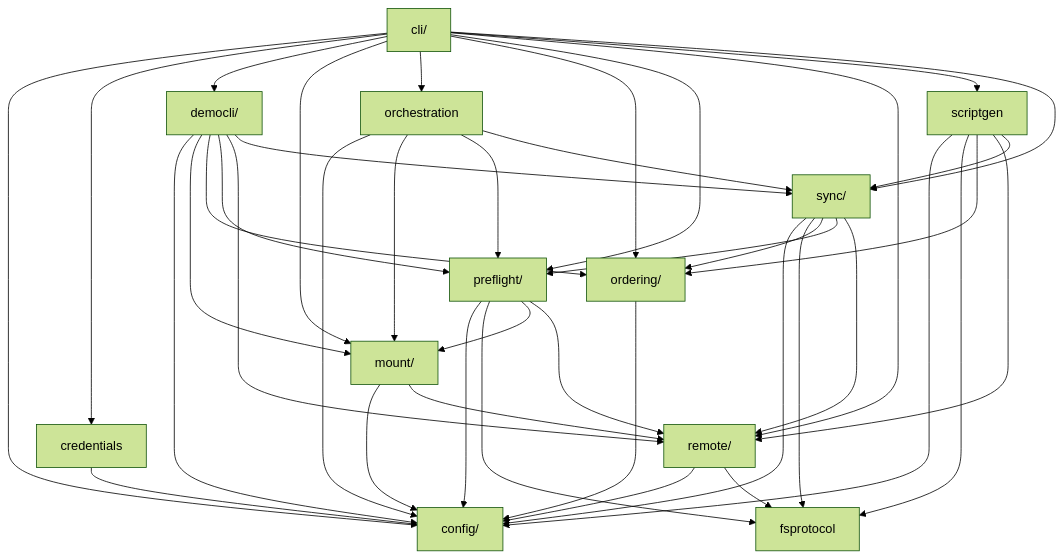
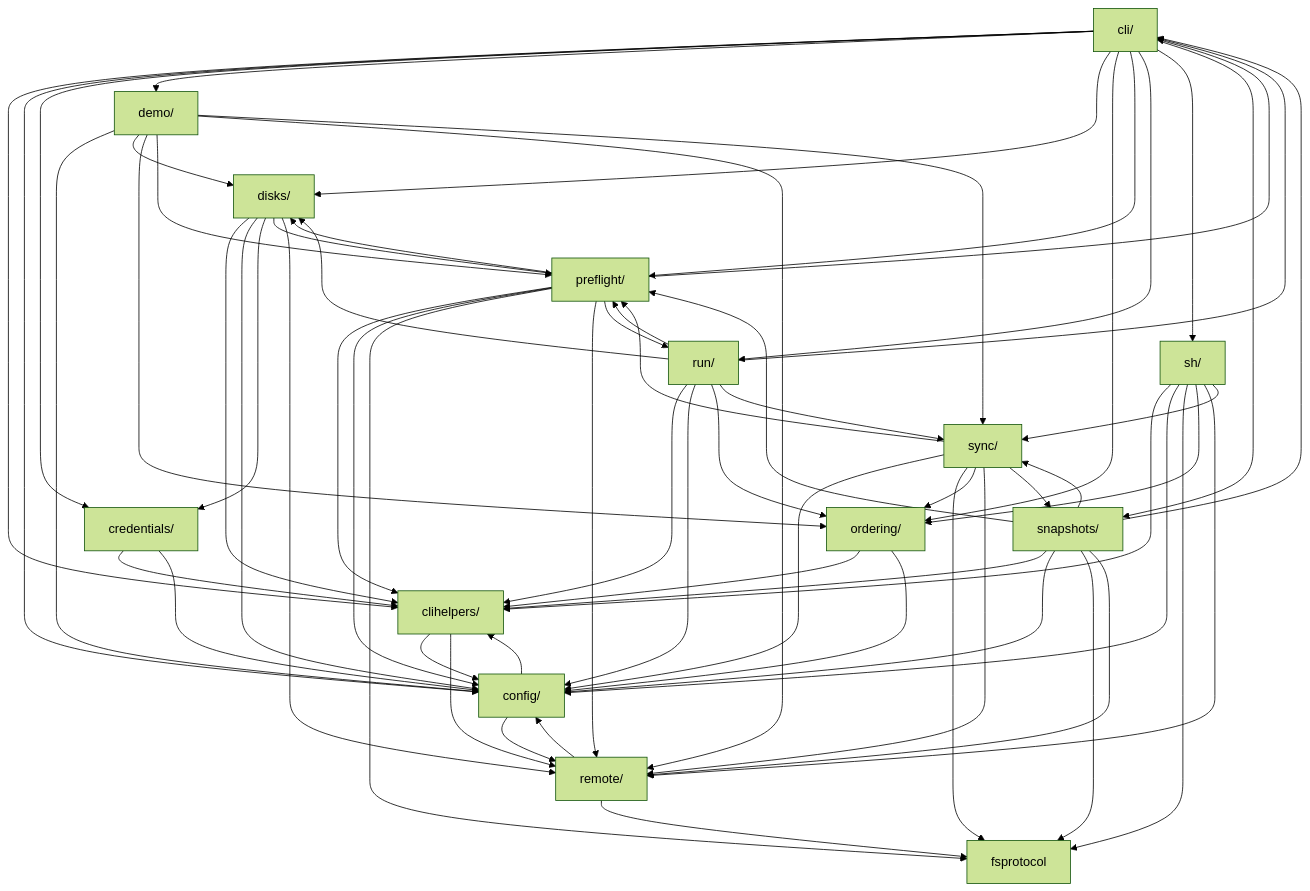
Before and after one commit to iglootools/nbkp: the diagram in docs/architecture.md, drawn with Mermaid (forest theme). The commit also changed 13 other files, not shown here.

````diff
--- a/docs/architecture.md
+++ b/docs/architecture.md
@@ -11,56 +11,82 @@
 ```mermaid
 graph TD
     cli["cli/"]
+    clihelpers["clihelpers/"]
     config["config/"]
-    credentials["credentials"]
-    democli["democli/"]
+    credentials["credentials/"]
+    demo["demo/"]
+    disks["disks/"]
     fsprotocol["fsprotocol"]
-    mount["mount/"]
-    orchestration["orchestration"]
     ordering["ordering/"]
     preflight["preflight/"]
     remote["remote/"]
-    scriptgen["scriptgen"]
+    run["run/"]
+    sh["sh/"]
+    snapshots["snapshots/"]
     sync["sync/"]
 
+    cli --> clihelpers
     cli --> config
     cli --> credentials
-    cli --> democli
-    cli --> mount
-    cli --> orchestration
+    cli --> demo
+    cli --> disks
     cli --> ordering
     cli --> preflight
-    cli --> remote
-    cli --> scriptgen
-    cli --> sync
+    cli --> run
+    cli --> sh
+    cli --> snapshots
+    clihelpers --> config
+    clihelpers --> remote
+    config --> clihelpers
+    config --> remote
+    credentials --> clihelpers
     credentials --> config
-    democli --> config
-    democli --> mount
-    democli --> ordering
-    democli --> preflight
-    democli --> remote
-    democli --> sync
-    mount --> config
-    mount --> remote
-    orchestration --> config
-    orchestration --> mount
-    orchestration --> preflight
-    orchestration --> sync
+    demo --> config
+    demo --> disks
+    demo --> ordering
+    demo --> preflight
+    demo --> remote
+    demo --> sync
+    disks --> clihelpers
+    disks --> config
+    disks --> credentials
+    disks --> preflight
+    disks --> remote
+    ordering --> clihelpers
     ordering --> config
+    preflight --> cli
+    preflight --> clihelpers
     preflight --> config
+    preflight --> disks
     preflight --> fsprotocol
-    preflight --> mount
     preflight --> remote
+    preflight --> run
     remote --> config
     remote --> fsprotocol
-    scriptgen --> config
-    scriptgen --> fsprotocol
-    scriptgen --> ordering
-    scriptgen --> remote
-    scriptgen --> sync
+    run --> cli
+    run --> clihelpers
+    run --> config
+    run --> disks
+    run --> ordering
+    run --> preflight
+    run --> sync
+    sh --> clihelpers
+    sh --> config
+    sh --> fsprotocol
+    sh --> ordering
+    sh --> remote
+    sh --> sync
+    snapshots --> cli
+    snapshots --> clihelpers
+    snapshots --> config
+    snapshots --> fsprotocol
+    snapshots --> preflight
+    snapshots --> remote
+    snapshots --> sync
     sync --> config
     sync --> fsprotocol
     sync --> ordering
     sync --> preflight
     sync --> remote
+    sync --> snapshots
 ```
````
